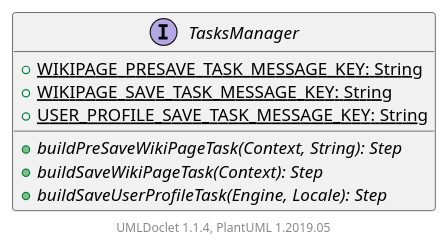
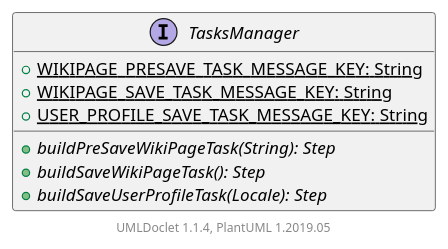
The diagram in apidocs/2.11.0.M8-SNAPSHOT/org/apache/wiki/tasks/TasksManager.puml (apache/jspwiki-site), drawn with PlantUML before and after one commit. The commit also changed 1878 other files, not shown here.

```diff
--- a/apidocs/2.11.0.M8-SNAPSHOT/org/apache/wiki/tasks/TasksManager.puml
+++ b/apidocs/2.11.0.M8-SNAPSHOT/org/apache/wiki/tasks/TasksManager.puml
@@ -1,14 +1,14 @@
 @startuml
 
     interface TasksManager [[TasksManager.html]] {
         {static} +WIKIPAGE_PRESAVE_TASK_MESSAGE_KEY: String
         {static} +WIKIPAGE_SAVE_TASK_MESSAGE_KEY: String
         {static} +USER_PROFILE_SAVE_TASK_MESSAGE_KEY: String
-        {abstract} +buildPreSaveWikiPageTask(Context, String): Step
-        {abstract} +buildSaveWikiPageTask(Context): Step
-        {abstract} +buildSaveUserProfileTask(Engine, Locale): Step
+        {abstract} +buildPreSaveWikiPageTask(String): Step
+        {abstract} +buildSaveWikiPageTask(): Step
+        {abstract} +buildSaveUserProfileTask(Locale): Step
     }
 
 
     center footer UMLDoclet 1.1.4, PlantUML 1.2019.05
 @enduml
```
